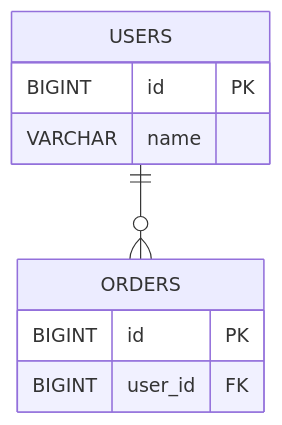
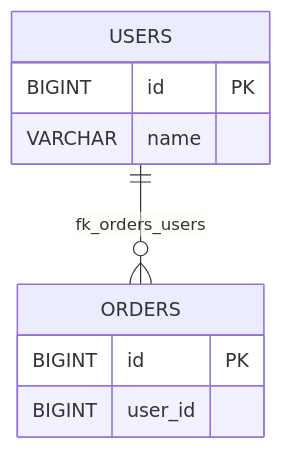
Before and after one commit to luceat-lux-vestra/erdMaid-public: the diagram in README.md, drawn with Mermaid. The commit also changed other lines of this file, not shown here.

Commit message:
docs: align Mermaid example with exporter output

````diff
--- a/README.md
+++ b/README.md
@@ -31,14 +31,15 @@
 ```mermaid
 erDiagram
     USERS {
         BIGINT id PK
         VARCHAR name
     }
 
     ORDERS {
         BIGINT id PK
-        BIGINT user_id FK
+        BIGINT user_id
     }
 
-    USERS ||--o{ ORDERS : ""
+%% FK: ORDERS.user_id -> USERS.id
+    USERS ||--o{ ORDERS : "fk_orders_users"
 ```
````
